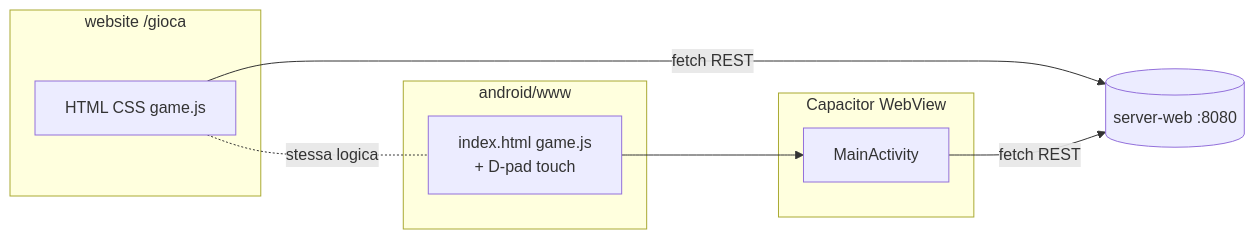
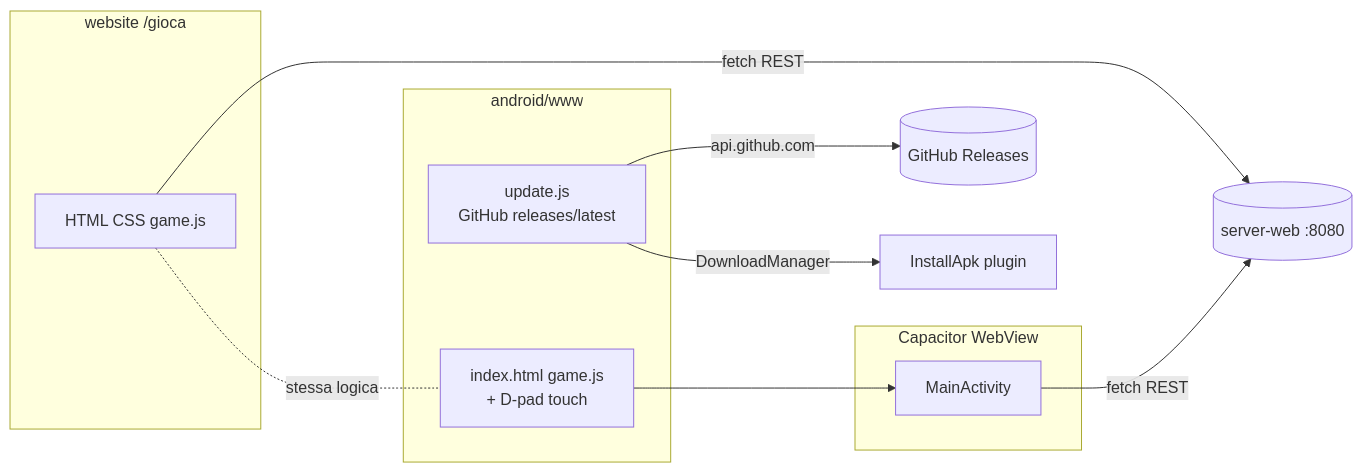
One commit to Leo-Galli/battaglia-navale changed the ninth of 13 diagrams in FLOWCHART.md. Above: the diagram before and after it, drawn with Mermaid. The commit also changed 2 other files, not shown here.

Commit message:
fix(android): DownloadManager visibility constant and docs

````diff
--- a/FLOWCHART.md
+++ b/FLOWCHART.md
@@ -291,20 +291,23 @@
 ```mermaid
 flowchart LR
     subgraph Web["website /gioca"]
         WUI[HTML CSS game.js]
     end
 
     subgraph Android["android/www"]
         AUI[index.html game.js<br/>+ D-pad touch]
+        UPD[update.js<br/>GitHub releases/latest]
     end
 
     subgraph Cap["Capacitor WebView"]
         WV[MainActivity]
     end
 
     WUI -->|fetch REST| HTTP[(server-web :8080)]
     AUI --> WV
+    UPD -->|api.github.com| GH[(GitHub Releases)]
+    UPD -->|DownloadManager| APKINST[InstallApk plugin]
     WV -->|fetch REST| HTTP
 
     WUI -. stessa logica .- AUI
 ```
````
